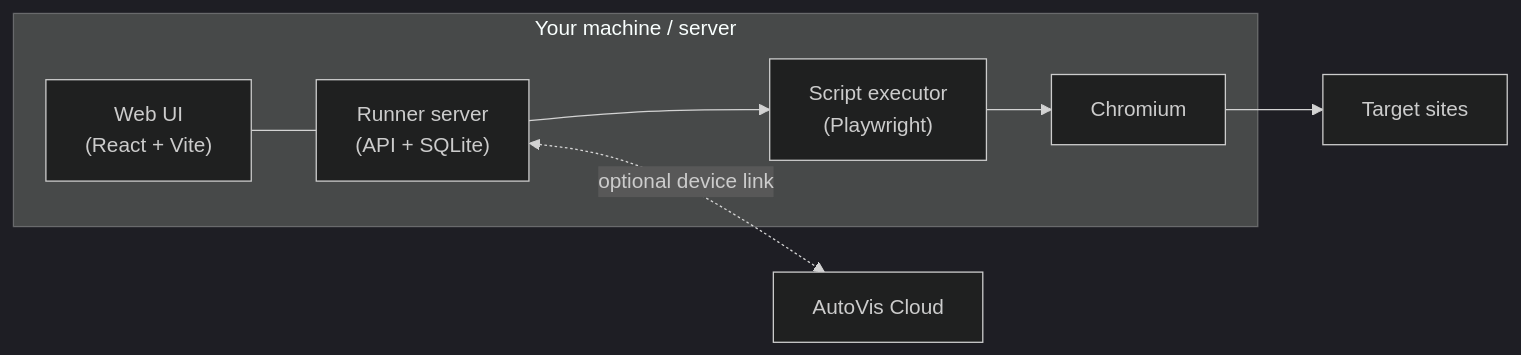
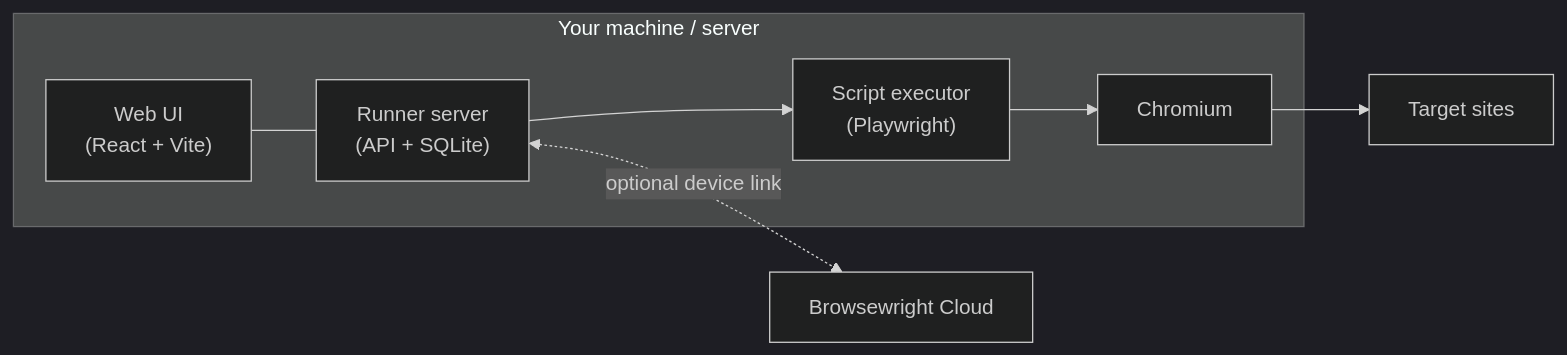
Before and after one commit to Yuikij/autovis-runner: the diagram in README.md, drawn with Mermaid (dark theme). The commit also changed other lines of this file and 168 other files, not shown here.

Commit message:
rename: AutoVis Runner -> Browsewright Runner (repo, image, paths, env prefix, UI brand)

````diff
--- a/README.md
+++ b/README.md
@@ -156,10 +156,10 @@
 ```mermaid
 flowchart LR
   subgraph runner["Your machine / server"]
     UI["Web UI<br/>(React + Vite)"] --- API["Runner server<br/>(API + SQLite)"]
     API --> EX["Script executor<br/>(Playwright)"]
     EX --> BR["Chromium"]
   end
   BR --> SITES["Target sites"]
-  API <-. "optional device link" .-> CLOUD["AutoVis Cloud"]
+  API <-. "optional device link" .-> CLOUD["Browsewright Cloud"]
 ```
````
